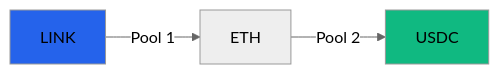
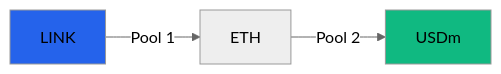
The second of 2 diagrams in landing/docs/dex/pools.md (Mega-Fi/megafi-docs), drawn with Mermaid (neutral theme) before and after one commit. The commit also changed other lines of this file and 22 other files, not shown here.

Commit message:
Fix: rename USDC to USDm

````diff
--- a/landing/docs/dex/pools.md
+++ b/landing/docs/dex/pools.md
@@ -157,8 +157,8 @@
 ```mermaid
 graph LR
     A[LINK] -->|Pool 1| B[ETH]
-    B -->|Pool 2| C[USDC]
+    B -->|Pool 2| C[USDm]
     
     style A fill:#2563EB
     style C fill:#10B981
 ```
````
